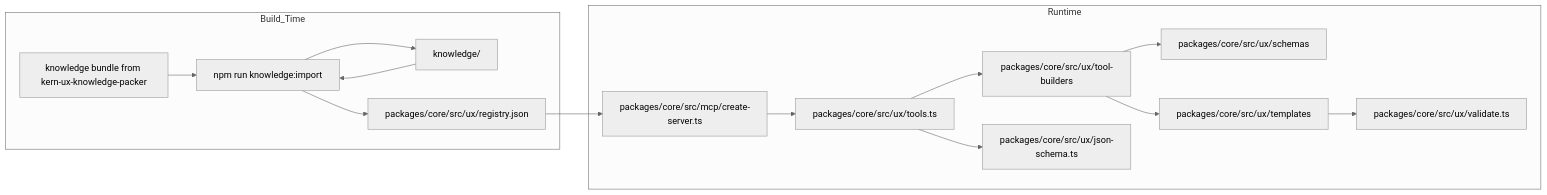
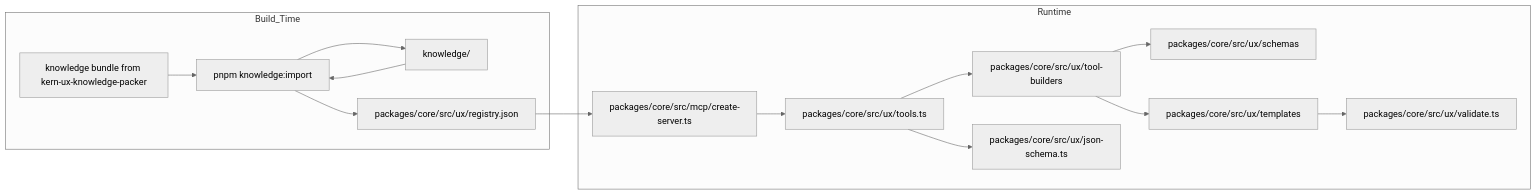
Before and after one commit to leonio/kern-ux-mcp: the diagram in docs/contributor-guide.md, drawn with Mermaid (neutral theme). The commit also changed other lines of this file and 35 other files, not shown here.

````diff
--- a/docs/contributor-guide.md
+++ b/docs/contributor-guide.md
@@ -7,23 +7,23 @@
 ```mermaid
 flowchart LR
   subgraph Build_Time
     A[knowledge bundle from kern-ux-knowledge-packer]
     B[knowledge/]
-    C[npm run knowledge:import]
+    C[pnpm knowledge:import]
     D[packages/core/src/ux/registry.json]
     A --> C
     C --> B
     B --> C
     C --> D
   end
 
   subgraph Runtime
     D --> E[packages/core/src/mcp/create-server.ts]
     E --> F[packages/core/src/ux/tools.ts]
     F --> G[packages/core/src/ux/tool-builders]
     G --> H[packages/core/src/ux/schemas]
     G --> I[packages/core/src/ux/templates]
     F --> J[packages/core/src/ux/json-schema.ts]
     I --> K[packages/core/src/ux/validate.ts]
   end
 ```
````
